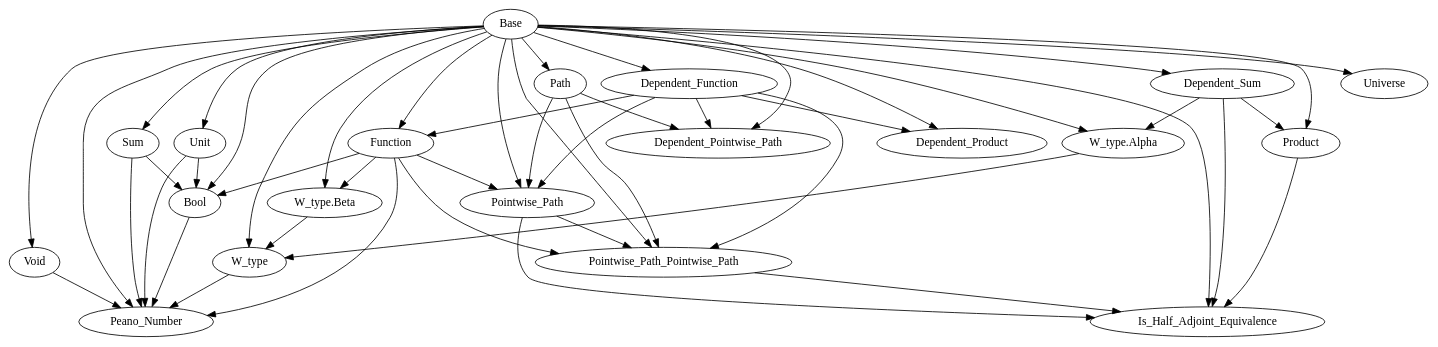
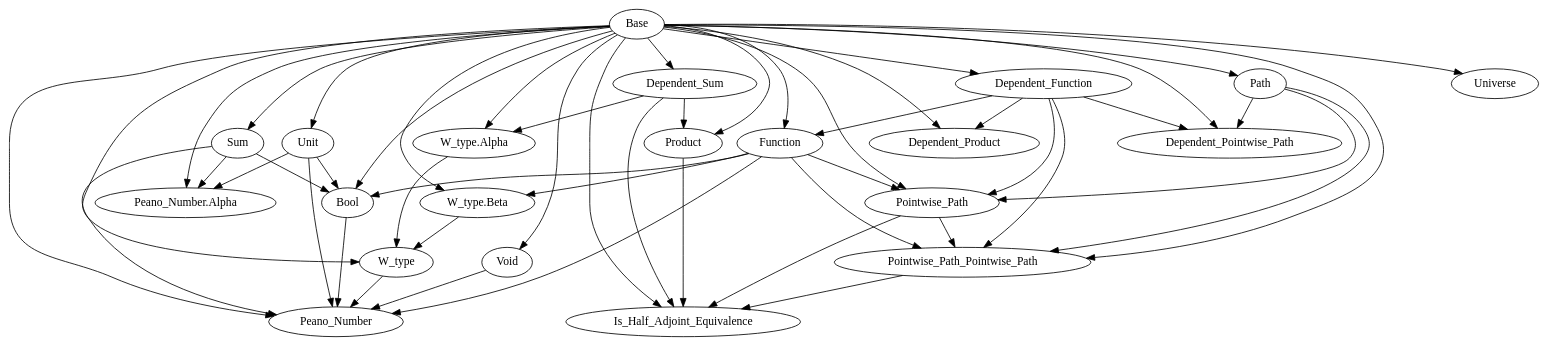
One commit to Hexirp/googology-in-coq changed the diagram in libraries/dependencies.gv. Above: the diagram before and after it, drawn with Graphviz. The commit also changed 3 other files, not shown here.

Commit message:
Add: Peano_Number.Alpha を

```diff
--- a/libraries/dependencies.gv
+++ b/libraries/dependencies.gv
@@ -1,70 +1,74 @@
 digraph Dependencies {
   # Base
   # Dependent_Function
   "Base" -> "Dependent_Function";
   # Function
   "Base" -> "Function";
   "Dependent_Function" -> "Function";
   # Dependent_Product
   "Base" -> "Dependent_Product";
   "Dependent_Function" -> "Dependent_Product";
   # Dependent_Sum
   "Base" -> "Dependent_Sum";
   # Product
   "Base" -> "Product";
   "Dependent_Sum" -> "Product";
   # Sum
   "Base" -> "Sum";
   # Unit
   "Base" -> "Unit";
   # Void
   "Base" -> "Void";
   # W_type.Alpha
   "Base" -> "W_type.Alpha";
   "Dependent_Sum" -> "W_type.Alpha";
   # W_type.Beta
   "Base" -> "W_type.Beta";
   "Function" -> "W_type.Beta";
   # W_type
   "Base" -> "W_type";
   "W_type.Alpha" -> "W_type";
   "W_type.Beta" -> "W_type";
   # Universe
   "Base" -> "Universe";
   # Path
   "Base" -> "Path";
   # Dependent_Pointwise_Path
   "Base" -> "Dependent_Pointwise_Path";
   "Dependent_Function" -> "Dependent_Pointwise_Path";
   "Path" -> "Dependent_Pointwise_Path";
   # Pointwise_Path
   "Base" -> "Pointwise_Path";
   "Dependent_Function" -> "Pointwise_Path";
   "Function" -> "Pointwise_Path";
   "Path" -> "Pointwise_Path";
   # Pointwise_Path_Pointwise_Path
   "Base" -> "Pointwise_Path_Pointwise_Path";
   "Dependent_Function" -> "Pointwise_Path_Pointwise_Path";
   "Function" -> "Pointwise_Path_Pointwise_Path";
   "Path" -> "Pointwise_Path_Pointwise_Path";
   "Pointwise_Path" -> "Pointwise_Path_Pointwise_Path";
   # Is_Half_Adjoint_Equivalence
   "Base" -> "Is_Half_Adjoint_Equivalence";
   "Dependent_Sum" -> "Is_Half_Adjoint_Equivalence";
   "Product" -> "Is_Half_Adjoint_Equivalence";
   "Pointwise_Path" -> "Is_Half_Adjoint_Equivalence";
   "Pointwise_Path_Pointwise_Path" -> "Is_Half_Adjoint_Equivalence";
   # Bool
   "Base" -> "Bool";
   "Function" -> "Bool";
   "Sum" -> "Bool";
   "Unit" -> "Bool";
+  # Peano_Number.Alpha
+  "Base" -> "Peano_Number.Alpha";
+  "Sum" -> "Peano_Number.Alpha";
+  "Unit" -> "Peano_Number.Alpha";
   # Peano_Number
   "Base" -> "Peano_Number";
   "Function" -> "Peano_Number";
   "Sum" -> "Peano_Number";
   "Void" -> "Peano_Number";
   "Unit" -> "Peano_Number";
   "W_type" -> "Peano_Number";
   "Bool" -> "Peano_Number";
 }
```
